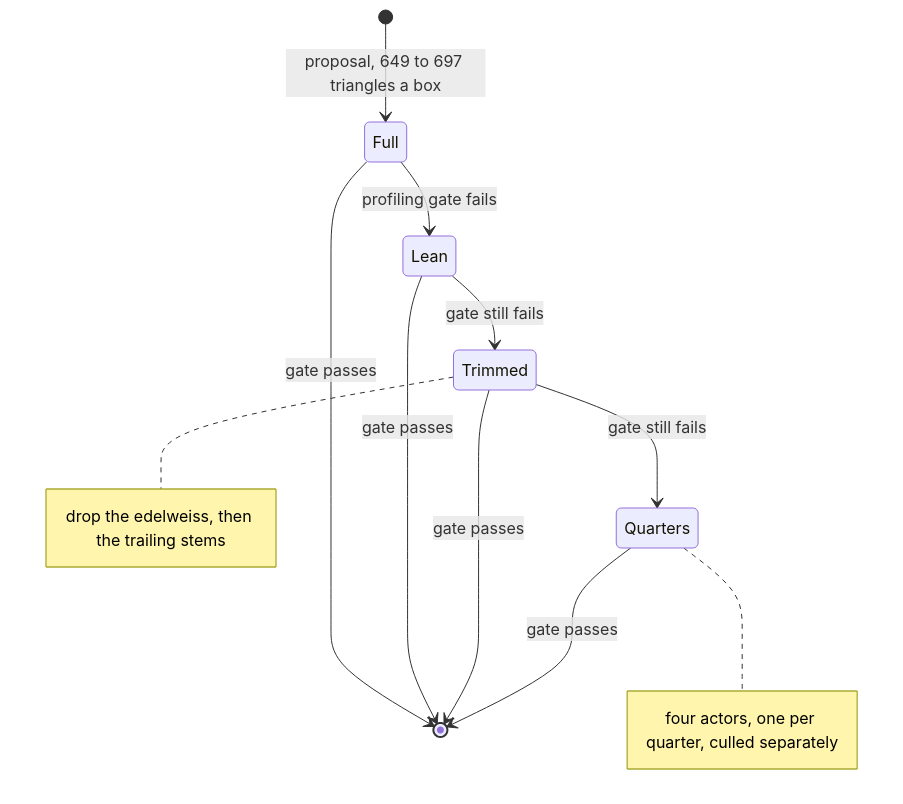
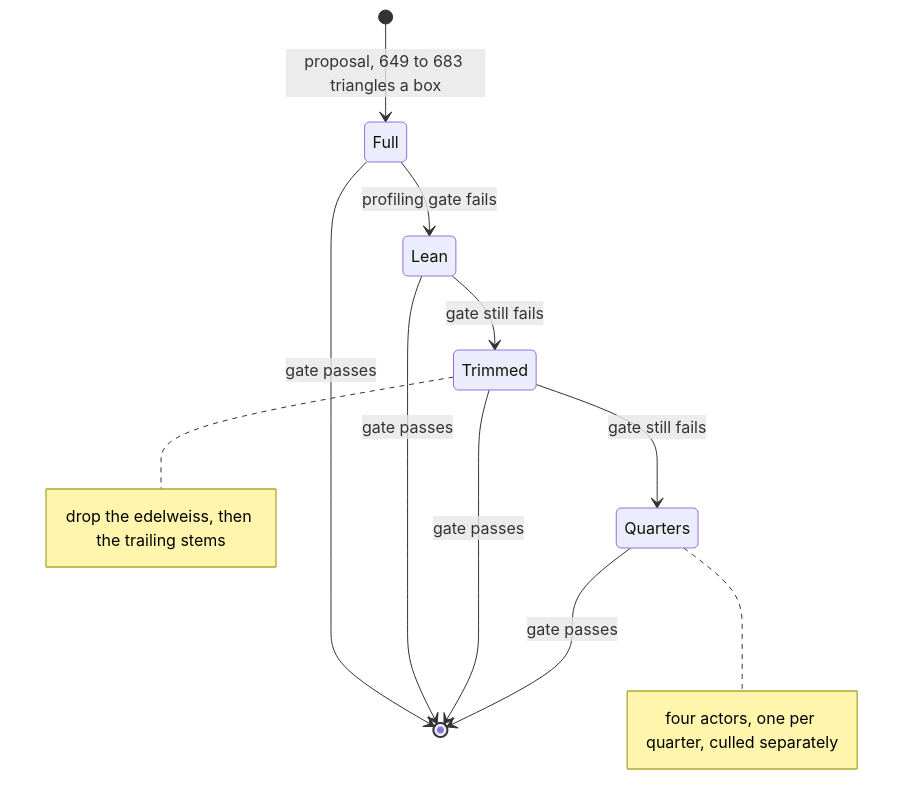
Before and after one commit to wbniv/WorldFoundry: the second of 4 diagrams in docs/plans/2026-11-22-cuckoo-village-flowers.md, drawn with Mermaid. The commit also changed other lines of this file and 8 other files, not shown here.

First line of the commit message:
Flowers: no ivy geraniums, more edelweiss on geranium boxes; LOD follow-up in the plan; rename landing recorded

````diff
--- a/docs/plans/2026-11-22-cuckoo-village-flowers.md
+++ b/docs/plans/2026-11-22-cuckoo-village-flowers.md
@@ -62,13 +62,13 @@
 ```mermaid
 stateDiagram-v2
-    [*] --> Full: proposal, 649 to 697 triangles a box
+    [*] --> Full: proposal, 649 to 683 triangles a box
     Full --> Lean: profiling gate fails
     Lean --> Trimmed: gate still fails
     Trimmed --> Quarters: gate still fails
     Full --> [*]: gate passes
     Lean --> [*]: gate passes
     Trimmed --> [*]: gate passes
     Quarters --> [*]: gate passes
     note right of Trimmed: drop the edelweiss, then the trailing stems
     note right of Quarters: four actors, one per quarter, culled separately
 ```
````
